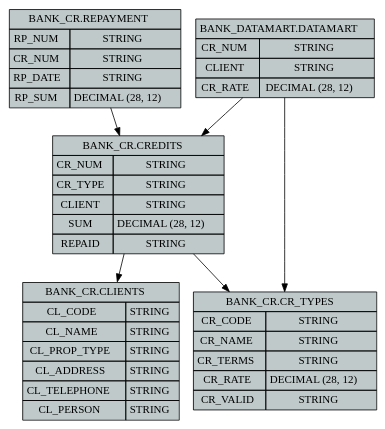
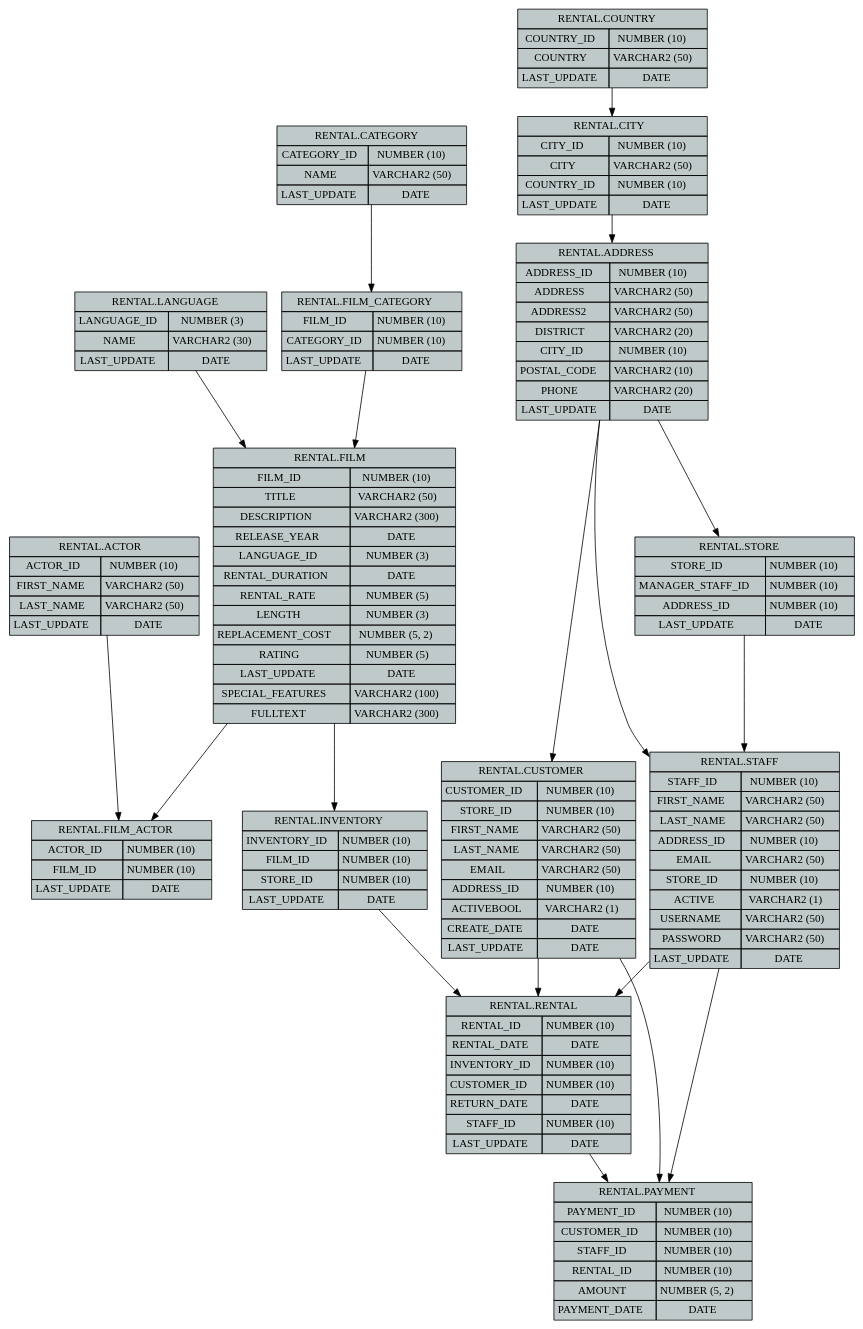
The diagram in dotsource.dot (dmitriy-pichugin/Diplom), drawn with Graphviz before and after one commit. The commit also changed 3 other files, not shown here.

```diff
--- a/dotsource.dot
+++ b/dotsource.dot
@@ -1,7 +1,17 @@
 digraph G {
-BANK_CRCLIENTS [style=filled, fillcolor="#BFC9CA", shape=none, margin=0, label=<<TABLE BORDER="0" CELLBORDER="1" CELLSPACING="0" CELLPADDING="4"><TR><TD COLSPAN="2">BANK_CR.CLIENTS</TD></TR><TR><TD>CL_CODE</TD><TD>STRING</TD></TR><TR><TD>CL_NAME</TD><TD>STRING</TD></TR><TR><TD>CL_PROP_TYPE</TD><TD>STRING</TD></TR><TR><TD>CL_ADDRESS</TD><TD>STRING</TD></TR><TR><TD>CL_TELEPHONE</TD><TD>STRING</TD></TR><TR><TD>CL_PERSON</TD><TD>STRING</TD></TR></TABLE>>];
-BANK_CRCREDITS [style=filled, fillcolor="#BFC9CA", shape=none, margin=0, label=<<TABLE BORDER="0" CELLBORDER="1" CELLSPACING="0" CELLPADDING="4"><TR><TD COLSPAN="2">BANK_CR.CREDITS</TD></TR><TR><TD>CR_NUM</TD><TD>STRING</TD></TR><TR><TD>CR_TYPE</TD><TD>STRING</TD></TR><TR><TD>CLIENT</TD><TD>STRING</TD></TR><TR><TD>SUM</TD><TD>DECIMAL (28, 12)</TD></TR><TR><TD>REPAID</TD><TD>STRING</TD></TR></TABLE>>];
-BANK_CRCR_TYPES [style=filled, fillcolor="#BFC9CA", shape=none, margin=0, label=<<TABLE BORDER="0" CELLBORDER="1" CELLSPACING="0" CELLPADDING="4"><TR><TD COLSPAN="2">BANK_CR.CR_TYPES</TD></TR><TR><TD>CR_CODE</TD><TD>STRING</TD></TR><TR><TD>CR_NAME</TD><TD>STRING</TD></TR><TR><TD>CR_TERMS</TD><TD>STRING</TD></TR><TR><TD>CR_RATE</TD><TD>DECIMAL (28, 12)</TD></TR><TR><TD>CR_VALID</TD><TD>STRING</TD></TR></TABLE>>];
-BANK_CRREPAYMENT [style=filled, fillcolor="#BFC9CA", shape=none, margin=0, label=<<TABLE BORDER="0" CELLBORDER="1" CELLSPACING="0" CELLPADDING="4"><TR><TD COLSPAN="2">BANK_CR.REPAYMENT</TD></TR><TR><TD>RP_NUM</TD><TD>STRING</TD></TR><TR><TD>CR_NUM</TD><TD>STRING</TD></TR><TR><TD>RP_DATE</TD><TD>STRING</TD></TR><TR><TD>RP_SUM</TD><TD>DECIMAL (28, 12)</TD></TR></TABLE>>];
-BANK_DATAMARTDATAMART [style=filled, fillcolor="#BFC9CA", shape=none, margin=0, label=<<TABLE BORDER="0" CELLBORDER="1" CELLSPACING="0" CELLPADDING="4"><TR><TD COLSPAN="2">BANK_DATAMART.DATAMART</TD></TR><TR><TD>CR_NUM</TD><TD>STRING</TD></TR><TR><TD>CLIENT</TD><TD>STRING</TD></TR><TR><TD>CR_RATE</TD><TD>DECIMAL (28, 12)</TD></TR></TABLE>>];
-BANK_CRCREDITS->BANK_CRCR_TYPES;BANK_CRCREDITS->BANK_CRCLIENTS;BANK_CRREPAYMENT->BANK_CRCREDITS;BANK_DATAMARTDATAMART->BANK_CRCR_TYPES;BANK_DATAMARTDATAMART->BANK_CRCREDITS;}
+RENTALACTOR [style=filled, fillcolor="#BFC9CA", shape=none, margin=0, label=<<TABLE BORDER="0" CELLBORDER="1" CELLSPACING="0" CELLPADDING="4"><TR><TD COLSPAN="2">RENTAL.ACTOR</TD></TR><TR><TD>ACTOR_ID</TD><TD>NUMBER (10)</TD></TR><TR><TD>FIRST_NAME</TD><TD>VARCHAR2 (50)</TD></TR><TR><TD>LAST_NAME</TD><TD>VARCHAR2 (50)</TD></TR><TR><TD>LAST_UPDATE</TD><TD>DATE</TD></TR></TABLE>>];
+RENTALADDRESS [style=filled, fillcolor="#BFC9CA", shape=none, margin=0, label=<<TABLE BORDER="0" CELLBORDER="1" CELLSPACING="0" CELLPADDING="4"><TR><TD COLSPAN="2">RENTAL.ADDRESS</TD></TR><TR><TD>ADDRESS_ID</TD><TD>NUMBER (10)</TD></TR><TR><TD>ADDRESS</TD><TD>VARCHAR2 (50)</TD></TR><TR><TD>ADDRESS2</TD><TD>VARCHAR2 (50)</TD></TR><TR><TD>DISTRICT</TD><TD>VARCHAR2 (20)</TD></TR><TR><TD>CITY_ID</TD><TD>NUMBER (10)</TD></TR><TR><TD>POSTAL_CODE</TD><TD>VARCHAR2 (10)</TD></TR><TR><TD>PHONE</TD><TD>VARCHAR2 (20)</TD></TR><TR><TD>LAST_UPDATE</TD><TD>DATE</TD></TR></TABLE>>];
+RENTALCATEGORY [style=filled, fillcolor="#BFC9CA", shape=none, margin=0, label=<<TABLE BORDER="0" CELLBORDER="1" CELLSPACING="0" CELLPADDING="4"><TR><TD COLSPAN="2">RENTAL.CATEGORY</TD></TR><TR><TD>CATEGORY_ID</TD><TD>NUMBER (10)</TD></TR><TR><TD>NAME</TD><TD>VARCHAR2 (50)</TD></TR><TR><TD>LAST_UPDATE</TD><TD>DATE</TD></TR></TABLE>>];
+RENTALCITY [style=filled, fillcolor="#BFC9CA", shape=none, margin=0, label=<<TABLE BORDER="0" CELLBORDER="1" CELLSPACING="0" CELLPADDING="4"><TR><TD COLSPAN="2">RENTAL.CITY</TD></TR><TR><TD>CITY_ID</TD><TD>NUMBER (10)</TD></TR><TR><TD>CITY</TD><TD>VARCHAR2 (50)</TD></TR><TR><TD>COUNTRY_ID</TD><TD>NUMBER (10)</TD></TR><TR><TD>LAST_UPDATE</TD><TD>DATE</TD></TR></TABLE>>];
+RENTALCOUNTRY [style=filled, fillcolor="#BFC9CA", shape=none, margin=0, label=<<TABLE BORDER="0" CELLBORDER="1" CELLSPACING="0" CELLPADDING="4"><TR><TD COLSPAN="2">RENTAL.COUNTRY</TD></TR><TR><TD>COUNTRY_ID</TD><TD>NUMBER (10)</TD></TR><TR><TD>COUNTRY</TD><TD>VARCHAR2 (50)</TD></TR><TR><TD>LAST_UPDATE</TD><TD>DATE</TD></TR></TABLE>>];
+RENTALCUSTOMER [style=filled, fillcolor="#BFC9CA", shape=none, margin=0, label=<<TABLE BORDER="0" CELLBORDER="1" CELLSPACING="0" CELLPADDING="4"><TR><TD COLSPAN="2">RENTAL.CUSTOMER</TD></TR><TR><TD>CUSTOMER_ID</TD><TD>NUMBER (10)</TD></TR><TR><TD>STORE_ID</TD><TD>NUMBER (10)</TD></TR><TR><TD>FIRST_NAME</TD><TD>VARCHAR2 (50)</TD></TR><TR><TD>LAST_NAME</TD><TD>VARCHAR2 (50)</TD></TR><TR><TD>EMAIL</TD><TD>VARCHAR2 (50)</TD></TR><TR><TD>ADDRESS_ID</TD><TD>NUMBER (10)</TD></TR><TR><TD>ACTIVEBOOL</TD><TD>VARCHAR2 (1)</TD></TR><TR><TD>CREATE_DATE</TD><TD>DATE</TD></TR><TR><TD>LAST_UPDATE</TD><TD>DATE</TD></TR></TABLE>>];
+RENTALFILM [style=filled, fillcolor="#BFC9CA", shape=none, margin=0, label=<<TABLE BORDER="0" CELLBORDER="1" CELLSPACING="0" CELLPADDING="4"><TR><TD COLSPAN="2">RENTAL.FILM</TD></TR><TR><TD>FILM_ID</TD><TD>NUMBER (10)</TD></TR><TR><TD>TITLE</TD><TD>VARCHAR2 (50)</TD></TR><TR><TD>DESCRIPTION</TD><TD>VARCHAR2 (300)</TD></TR><TR><TD>RELEASE_YEAR</TD><TD>DATE</TD></TR><TR><TD>LANGUAGE_ID</TD><TD>NUMBER (3)</TD></TR><TR><TD>RENTAL_DURATION</TD><TD>DATE</TD></TR><TR><TD>RENTAL_RATE</TD><TD>NUMBER (5)</TD></TR><TR><TD>LENGTH</TD><TD>NUMBER (3)</TD></TR><TR><TD>REPLACEMENT_COST</TD><TD>NUMBER (5, 2)</TD></TR><TR><TD>RATING</TD><TD>NUMBER (5)</TD></TR><TR><TD>LAST_UPDATE</TD><TD>DATE</TD></TR><TR><TD>SPECIAL_FEATURES</TD><TD>VARCHAR2 (100)</TD></TR><TR><TD>FULLTEXT</TD><TD>VARCHAR2 (300)</TD></TR></TABLE>>];
+RENTALFILM_ACTOR [style=filled, fillcolor="#BFC9CA", shape=none, margin=0, label=<<TABLE BORDER="0" CELLBORDER="1" CELLSPACING="0" CELLPADDING="4"><TR><TD COLSPAN="2">RENTAL.FILM_ACTOR</TD></TR><TR><TD>ACTOR_ID</TD><TD>NUMBER (10)</TD></TR><TR><TD>FILM_ID</TD><TD>NUMBER (10)</TD></TR><TR><TD>LAST_UPDATE</TD><TD>DATE</TD></TR></TABLE>>];
+RENTALFILM_CATEGORY [style=filled, fillcolor="#BFC9CA", shape=none, margin=0, label=<<TABLE BORDER="0" CELLBORDER="1" CELLSPACING="0" CELLPADDING="4"><TR><TD COLSPAN="2">RENTAL.FILM_CATEGORY</TD></TR><TR><TD>FILM_ID</TD><TD>NUMBER (10)</TD></TR><TR><TD>CATEGORY_ID</TD><TD>NUMBER (10)</TD></TR><TR><TD>LAST_UPDATE</TD><TD>DATE</TD></TR></TABLE>>];
+RENTALINVENTORY [style=filled, fillcolor="#BFC9CA", shape=none, margin=0, label=<<TABLE BORDER="0" CELLBORDER="1" CELLSPACING="0" CELLPADDING="4"><TR><TD COLSPAN="2">RENTAL.INVENTORY</TD></TR><TR><TD>INVENTORY_ID</TD><TD>NUMBER (10)</TD></TR><TR><TD>FILM_ID</TD><TD>NUMBER (10)</TD></TR><TR><TD>STORE_ID</TD><TD>NUMBER (10)</TD></TR><TR><TD>LAST_UPDATE</TD><TD>DATE</TD></TR></TABLE>>];
+RENTALLANGUAGE [style=filled, fillcolor="#BFC9CA", shape=none, margin=0, label=<<TABLE BORDER="0" CELLBORDER="1" CELLSPACING="0" CELLPADDING="4"><TR><TD COLSPAN="2">RENTAL.LANGUAGE</TD></TR><TR><TD>LANGUAGE_ID</TD><TD>NUMBER (3)</TD></TR><TR><TD>NAME</TD><TD>VARCHAR2 (30)</TD></TR><TR><TD>LAST_UPDATE</TD><TD>DATE</TD></TR></TABLE>>];
+RENTALPAYMENT [style=filled, fillcolor="#BFC9CA", shape=none, margin=0, label=<<TABLE BORDER="0" CELLBORDER="1" CELLSPACING="0" CELLPADDING="4"><TR><TD COLSPAN="2">RENTAL.PAYMENT</TD></TR><TR><TD>PAYMENT_ID</TD><TD>NUMBER (10)</TD></TR><TR><TD>CUSTOMER_ID</TD><TD>NUMBER (10)</TD></TR><TR><TD>STAFF_ID</TD><TD>NUMBER (10)</TD></TR><TR><TD>RENTAL_ID</TD><TD>NUMBER (10)</TD></TR><TR><TD>AMOUNT</TD><TD>NUMBER (5, 2)</TD></TR><TR><TD>PAYMENT_DATE</TD><TD>DATE</TD></TR></TABLE>>];
+RENTALRENTAL [style=filled, fillcolor="#BFC9CA", shape=none, margin=0, label=<<TABLE BORDER="0" CELLBORDER="1" CELLSPACING="0" CELLPADDING="4"><TR><TD COLSPAN="2">RENTAL.RENTAL</TD></TR><TR><TD>RENTAL_ID</TD><TD>NUMBER (10)</TD></TR><TR><TD>RENTAL_DATE</TD><TD>DATE</TD></TR><TR><TD>INVENTORY_ID</TD><TD>NUMBER (10)</TD></TR><TR><TD>CUSTOMER_ID</TD><TD>NUMBER (10)</TD></TR><TR><TD>RETURN_DATE</TD><TD>DATE</TD></TR><TR><TD>STAFF_ID</TD><TD>NUMBER (10)</TD></TR><TR><TD>LAST_UPDATE</TD><TD>DATE</TD></TR></TABLE>>];
+RENTALSTAFF [style=filled, fillcolor="#BFC9CA", shape=none, margin=0, label=<<TABLE BORDER="0" CELLBORDER="1" CELLSPACING="0" CELLPADDING="4"><TR><TD COLSPAN="2">RENTAL.STAFF</TD></TR><TR><TD>STAFF_ID</TD><TD>NUMBER (10)</TD></TR><TR><TD>FIRST_NAME</TD><TD>VARCHAR2 (50)</TD></TR><TR><TD>LAST_NAME</TD><TD>VARCHAR2 (50)</TD></TR><TR><TD>ADDRESS_ID</TD><TD>NUMBER (10)</TD></TR><TR><TD>EMAIL</TD><TD>VARCHAR2 (50)</TD></TR><TR><TD>STORE_ID</TD><TD>NUMBER (10)</TD></TR><TR><TD>ACTIVE</TD><TD>VARCHAR2 (1)</TD></TR><TR><TD>USERNAME</TD><TD>VARCHAR2 (50)</TD></TR><TR><TD>PASSWORD</TD><TD>VARCHAR2 (50)</TD></TR><TR><TD>LAST_UPDATE</TD><TD>DATE</TD></TR></TABLE>>];
+RENTALSTORE [style=filled, fillcolor="#BFC9CA", shape=none, margin=0, label=<<TABLE BORDER="0" CELLBORDER="1" CELLSPACING="0" CELLPADDING="4"><TR><TD COLSPAN="2">RENTAL.STORE</TD></TR><TR><TD>STORE_ID</TD><TD>NUMBER (10)</TD></TR><TR><TD>MANAGER_STAFF_ID</TD><TD>NUMBER (10)</TD></TR><TR><TD>ADDRESS_ID</TD><TD>NUMBER (10)</TD></TR><TR><TD>LAST_UPDATE</TD><TD>DATE</TD></TR></TABLE>>];
+RENTALCITY->RENTALADDRESS;RENTALCOUNTRY->RENTALCITY;RENTALADDRESS->RENTALCUSTOMER;RENTALFILM_CATEGORY->RENTALFILM;RENTALLANGUAGE->RENTALFILM;RENTALACTOR->RENTALFILM_ACTOR;RENTALFILM->RENTALFILM_ACTOR;RENTALCATEGORY->RENTALFILM_CATEGORY;RENTALFILM->RENTALINVENTORY;RENTALRENTAL->RENTALPAYMENT;RENTALCUSTOMER->RENTALPAYMENT;RENTALSTAFF->RENTALPAYMENT;RENTALINVENTORY->RENTALRENTAL;RENTALCUSTOMER->RENTALRENTAL;RENTALSTAFF->RENTALRENTAL;RENTALSTORE->RENTALSTAFF;RENTALADDRESS->RENTALSTAFF;RENTALADDRESS->RENTALSTORE;}
```
